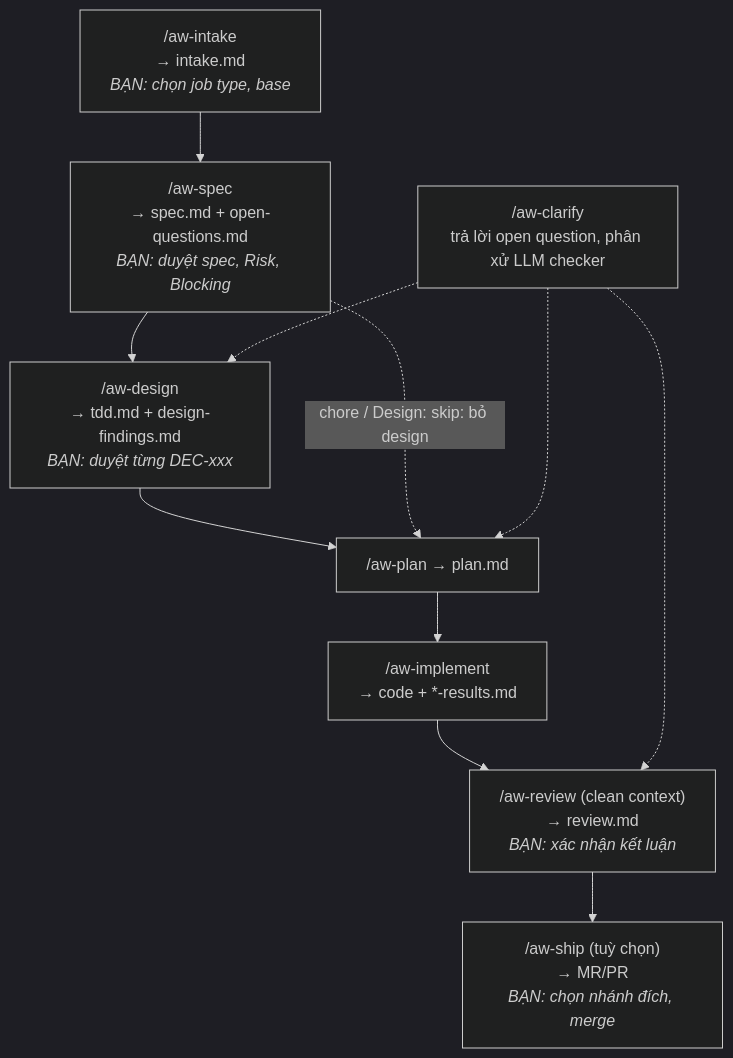
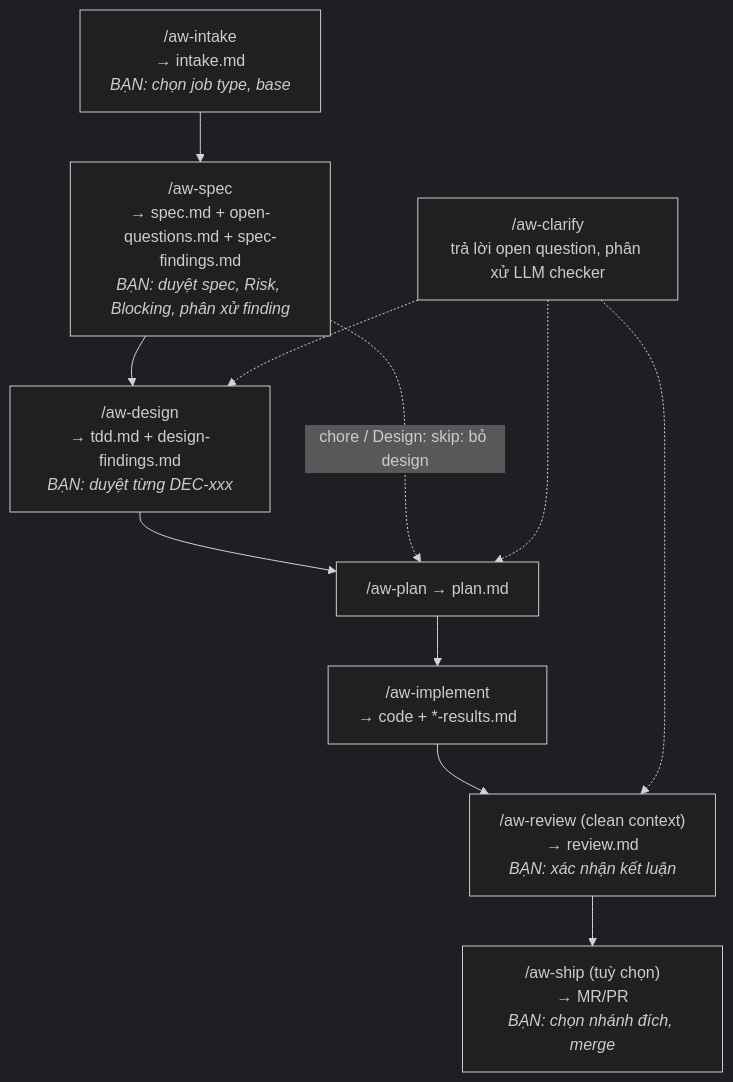
Before and after one commit to dangminhphuc/agent-workflow: the diagram in docs/huong-dan.md, drawn with Mermaid (dark theme). The commit also changed other lines of this file and 22 other files, not shown here.

Commit message:
Checker LLM cho spec đối chiếu mô tả với câu trích, để máy chặn khi phát hiện block chưa được phân xử.

````diff
--- a/docs/huong-dan.md
+++ b/docs/huong-dan.md
@@ -91,17 +91,17 @@
 ```mermaid
 flowchart TD
     INTAKE["/aw-intake<br/>→ intake.md<br/><i>BẠN: chọn job type, base</i>"]
-    SPEC["/aw-spec<br/>→ spec.md + open-questions.md<br/><i>BẠN: duyệt spec, Risk, Blocking</i>"]
+    SPEC["/aw-spec<br/>→ spec.md + open-questions.md + spec-findings.md<br/><i>BẠN: duyệt spec, Risk, Blocking, phân xử finding</i>"]
     CLARIFY["/aw-clarify<br/>trả lời open question, phân xử LLM checker"]
     DESIGN["/aw-design<br/>→ tdd.md + design-findings.md<br/><i>BẠN: duyệt từng DEC-xxx</i>"]
     PLAN["/aw-plan → plan.md"]
     IMPL["/aw-implement<br/>→ code + *-results.md"]
     REVIEW["/aw-review (clean context)<br/>→ review.md<br/><i>BẠN: xác nhận kết luận</i>"]
     SHIP["/aw-ship (tuỳ chọn)<br/>→ MR/PR<br/><i>BẠN: chọn nhánh đích, merge</i>"]
 
     INTAKE --> SPEC --> DESIGN --> PLAN --> IMPL --> REVIEW --> SHIP
     SPEC -. "chore / Design: skip: bỏ design" .-> PLAN
     CLARIFY -.-> DESIGN
     CLARIFY -.-> PLAN
     CLARIFY -.-> REVIEW
 ```
````
